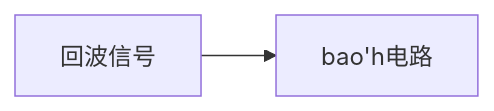
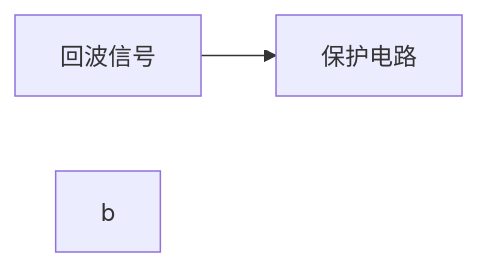
One commit to Rukawa15/iodraw-files changed the diagram in all/未命名-1.md. Above: the diagram before and after it, drawn with Mermaid.

Commit message:
2025-06-18 18:55:52 update

````diff
--- a/all/未命名-1.md
+++ b/all/未命名-1.md
@@ -1,6 +1,7 @@
 ```mermaid
 graph LR
-A[回波信号] --> B[bao'h电路]
+A[回波信号] --> B[保护电路]
+b
 
     
 ```
````
